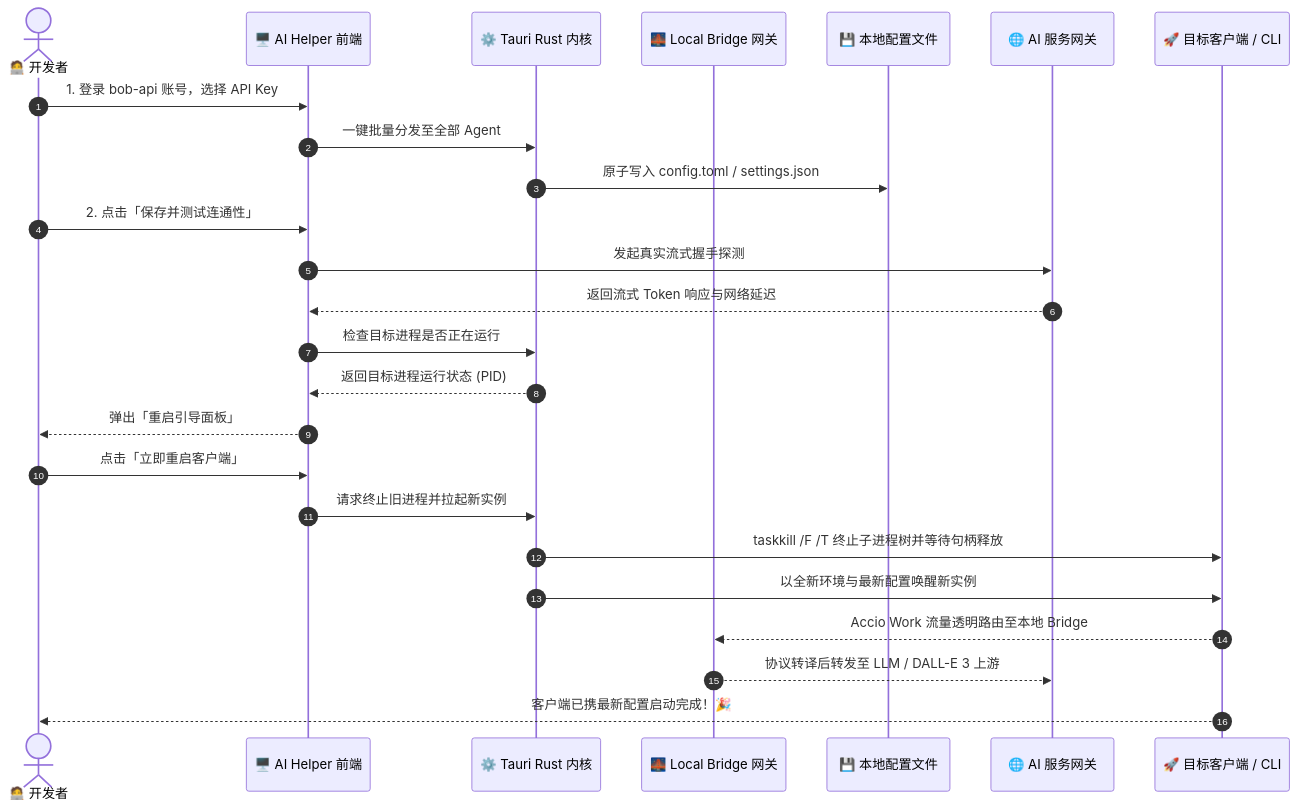
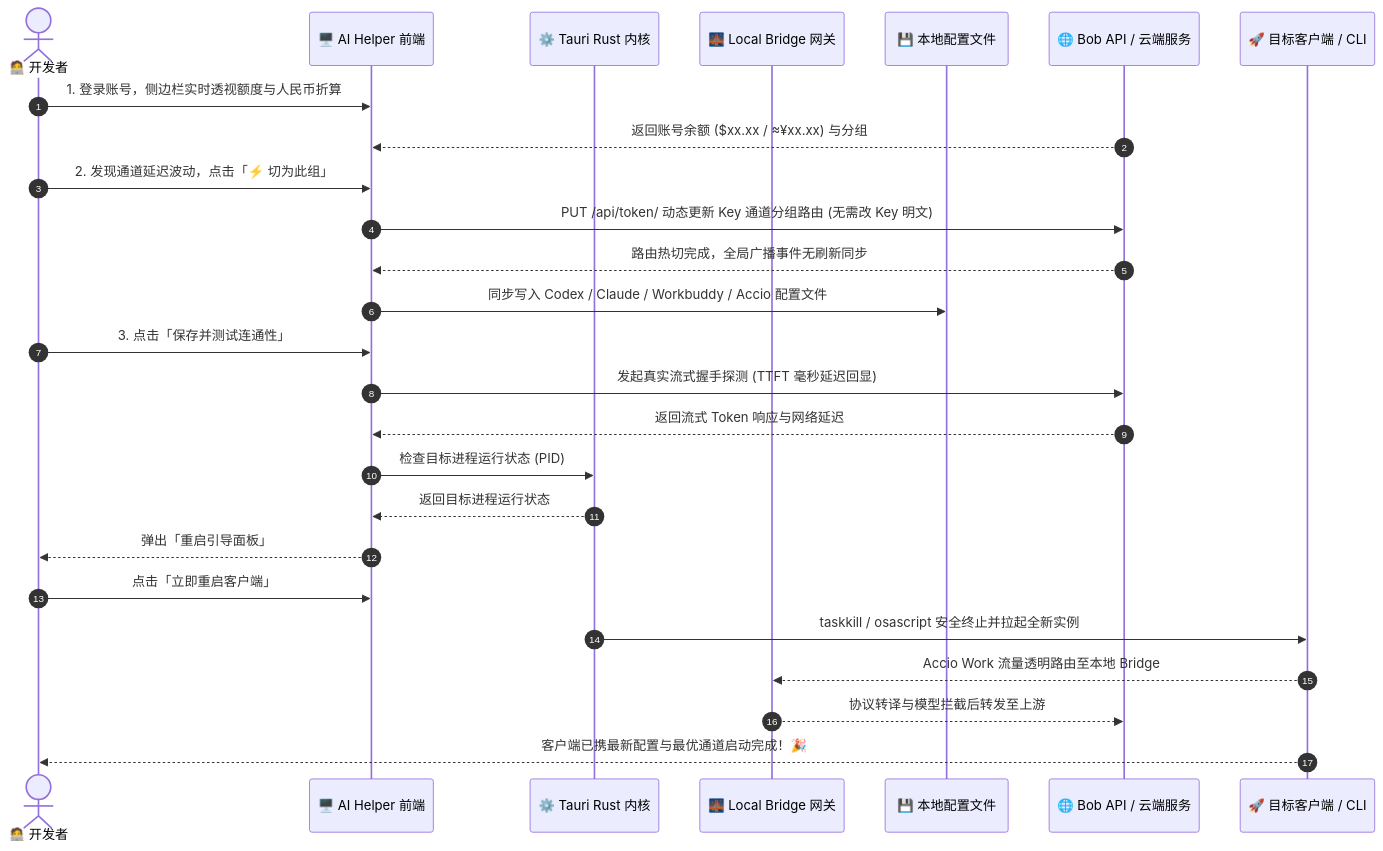
The diagram in README.md (TF49/AI-Helper), drawn with Mermaid before and after one commit. The commit also changed other lines of this file, not shown here.

````diff
--- a/README.md
+++ b/README.md
@@ -125,28 +150,29 @@
 ```mermaid
 sequenceDiagram
     autonumber
     actor Developer as 🧑‍💻 开发者
     participant UI as 🖥️ AI Helper 前端
     participant Core as ⚙️ Tauri Rust 内核
     participant Bridge as 🌉 Local Bridge 网关
     participant Disk as 💾 本地配置文件
-    participant Cloud as 🌐 AI 服务网关
+    participant Cloud as 🌐 Bob API / 云端服务
     participant Target as 🚀 目标客户端 / CLI
 
-    Developer->>UI: 1. 登录 bob-api 账号，选择 API Key
-    UI->>Core: 一键批量分发至全部 Agent
-    Core->>Disk: 原子写入 config.toml / settings.json
-    Developer->>UI: 2. 点击「保存并测试连通性」
-    UI->>Cloud: 发起真实流式握手探测
+    Developer->>UI: 1. 登录账号，侧边栏实时透视额度与人民币折算
+    Cloud-->>UI: 返回账号余额 ($xx.xx / ≈¥xx.xx) 与分组
+    Developer->>UI: 2. 发现通道延迟波动，点击「⚡ 切为此组」
+    UI->>Cloud: PUT /api/token/ 动态更新 Key 通道分组路由 (无需改 Key 明文)
+    Cloud-->>UI: 路由热切完成，全局广播事件无刷新同步
+    UI->>Disk: 同步写入 Codex / Claude / Workbuddy / Accio 配置文件
+    Developer->>UI: 3. 点击「保存并测试连通性」
+    UI->>Cloud: 发起真实流式握手探测 (TTFT 毫秒延迟回显)
     Cloud-->>UI: 返回流式 Token 响应与网络延迟
-    UI->>Core: 检查目标进程是否正在运行
-    Core-->>UI: 返回目标进程运行状态 (PID)
+    UI->>Core: 检查目标进程运行状态 (PID)
+    Core-->>UI: 返回目标进程运行状态
     UI-->>Developer: 弹出「重启引导面板」
     Developer->>UI: 点击「立即重启客户端」
-    UI->>Core: 请求终止旧进程并拉起新实例
-    Core->>Target: taskkill /F /T 终止子进程树并等待句柄释放
-    Core->>Target: 以全新环境与最新配置唤醒新实例
+    Core->>Target: taskkill / osascript 安全终止并拉起全新实例
     Target-->>Bridge: Accio Work 流量透明路由至本地 Bridge
-    Bridge-->>Cloud: 协议转译后转发至 LLM / DALL-E 3 上游
-    Target-->>Developer: 客户端已携最新配置启动完成！🎉
+    Bridge-->>Cloud: 协议转译与模型拦截后转发至上游
+    Target-->>Developer: 客户端已携最新配置与最优通道启动完成！🎉
 ```
````
